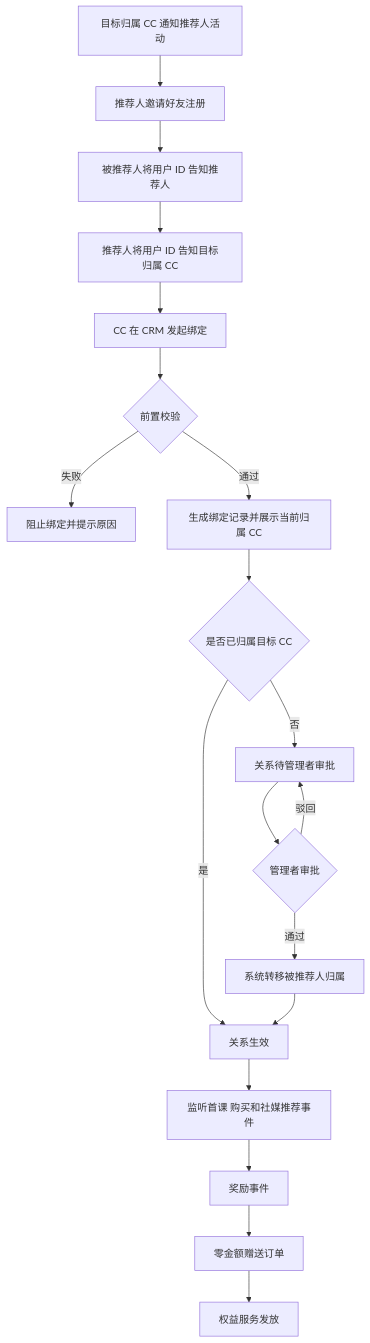
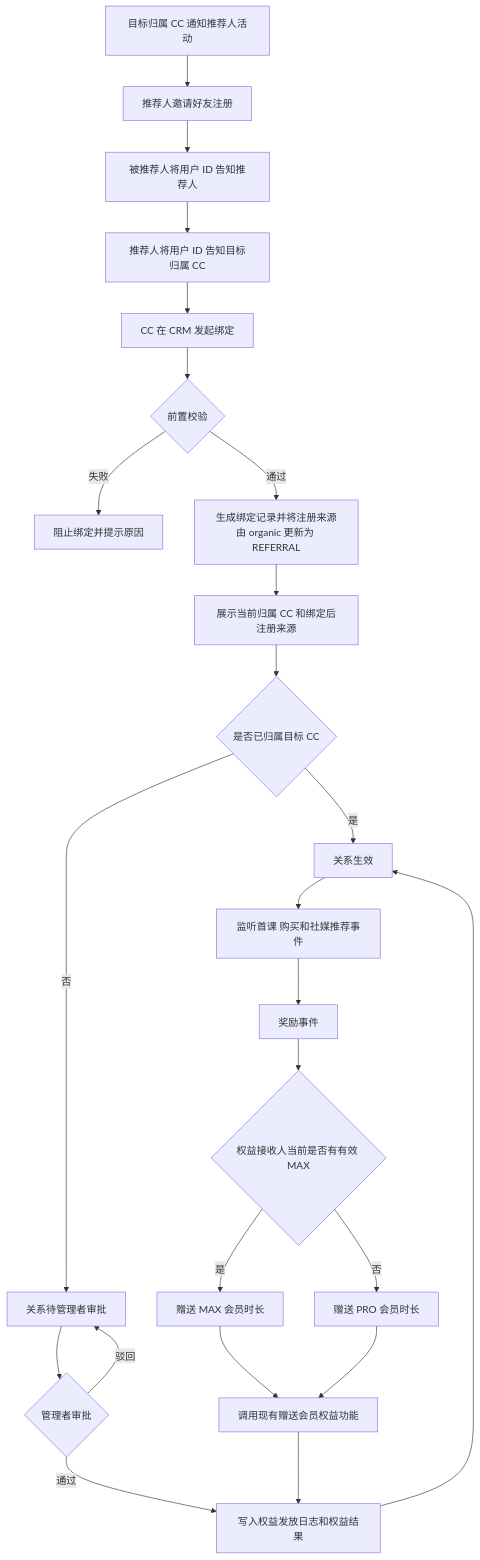
One commit to h3-ai-lab/hhhprd changed the first of 2 diagrams in projects/referral-growth-mvp/prd/PRD.md. Above: the diagram before and after it, drawn with Mermaid. The commit also changed other lines of this file and 10 other files, not shown here.

````diff
--- a/projects/referral-growth-mvp/prd/PRD.md
+++ b/projects/referral-growth-mvp/prd/PRD.md
@@ -62,21 +62,26 @@
 ```mermaid
 flowchart TD
     A[目标归属 CC 通知推荐人活动] --> B[推荐人邀请好友注册]
     B --> C[被推荐人将用户 ID 告知推荐人]
     C --> D[推荐人将用户 ID 告知目标归属 CC]
     D --> E[CC 在 CRM 发起绑定]
     E --> F{前置校验}
     F -->|失败| G[阻止绑定并提示原因]
-    F -->|通过| H[生成绑定记录并展示当前归属 CC]
-    H --> I{是否已归属目标 CC}
+    F -->|通过| H[生成绑定记录并将注册来源由 organic 更新为 REFERRAL]
+    H --> H1[展示当前归属 CC 和绑定后注册来源]
+    H1 --> I{是否已归属目标 CC}
     I -->|是| J[关系生效]
     I -->|否| K[关系待管理者审批]
     K --> L{管理者审批}
     L -->|通过| Q[系统转移被推荐人归属]
     Q --> J
     L -->|驳回| K
     J --> M[监听首课 购买和社媒推荐事件]
     M --> N[奖励事件]
-    N --> O[零金额赠送订单]
-    O --> P[权益服务发放]
+    N --> O{权益接收人当前是否有有效 MAX}
+    O -->|是| O1[赠送 MAX 会员时长]
+    O -->|否| O2[赠送 PRO 会员时长]
+    O1 --> P[调用现有赠送会员权益功能]
+    O2 --> P
+    P --> Q[写入权益发放日志和权益结果]
 ```
````
